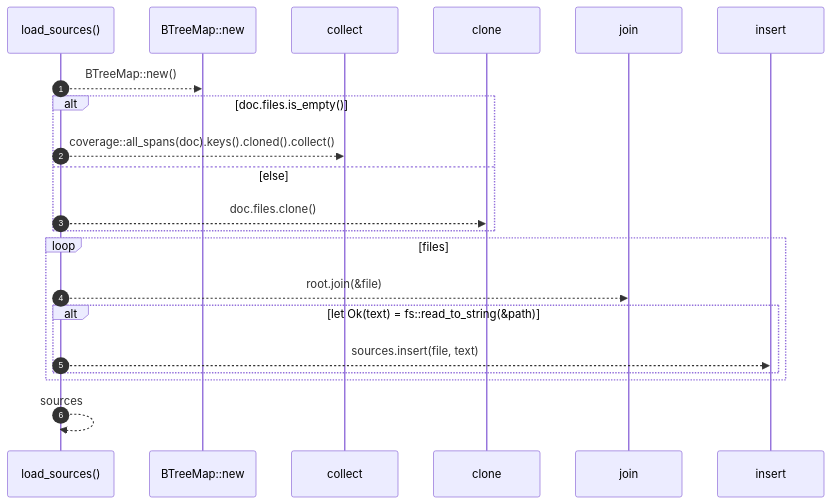
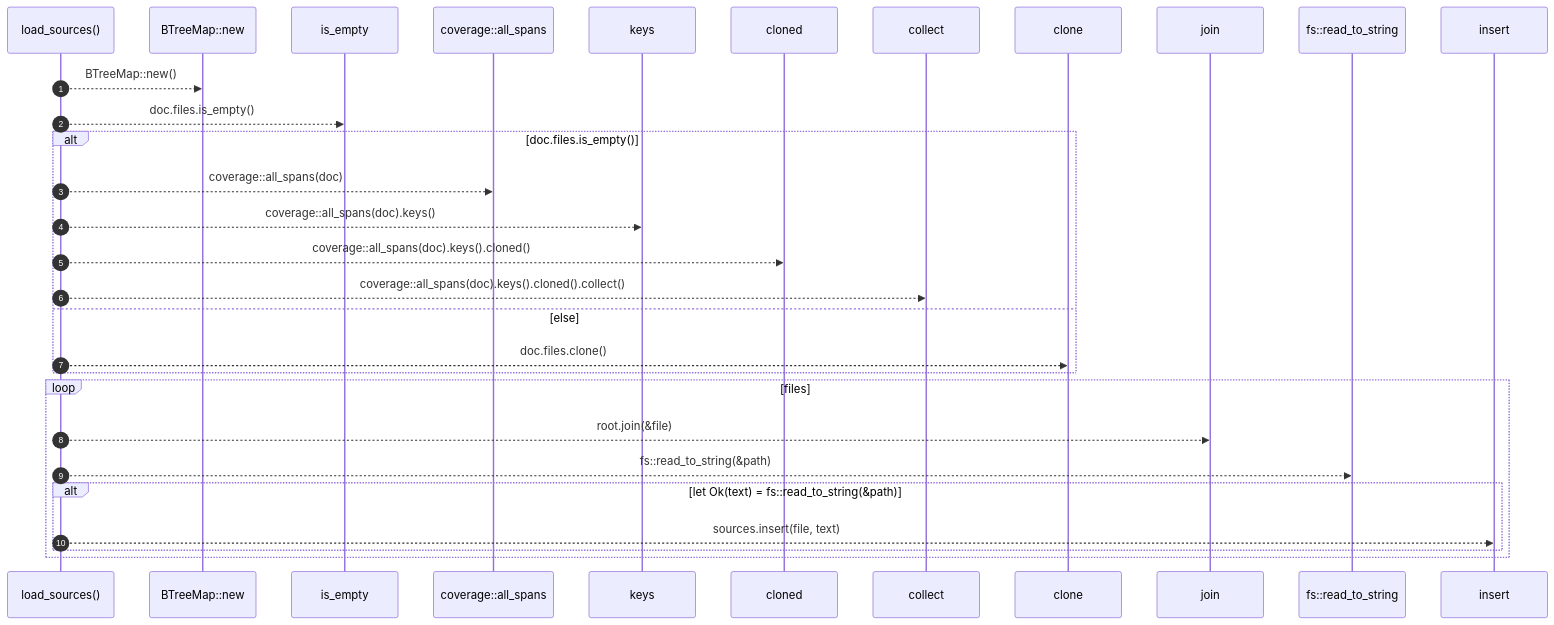
One commit to RyanGuild/self-describing-code changed the diagram in docs/self-model/robby_render/pipeline/load-sources.md. Above: the diagram before and after it, drawn with Mermaid. The commit also changed other lines of this file and 1404 other files, not shown here.

````diff
--- a/docs/self-model/robby_render/pipeline/load-sources.md
+++ b/docs/self-model/robby_render/pipeline/load-sources.md
@@ -43,23 +43,32 @@
 ```mermaid
 sequenceDiagram
     autonumber
     participant load_sources as load_sources()
     participant BTreeMap__new as BTreeMap::new
+    participant is_empty as is_empty
+    participant coverage__all_spans as coverage::all_spans
+    participant keys as keys
+    participant cloned as cloned
     participant collect as collect
     participant clone as clone
     participant join as join
+    participant fs__read_to_string as fs::read_to_string
     participant insert as insert
     load_sources-->>BTreeMap__new: BTreeMap::new()
+    load_sources-->>is_empty: doc.files.is_empty()
     alt doc.files.is_empty()
+    load_sources-->>coverage__all_spans: coverage::all_spans(doc)
+    load_sources-->>keys: coverage::all_spans(doc).keys()
+    load_sources-->>cloned: coverage::all_spans(doc).keys().cloned()
     load_sources-->>collect: coverage::all_spans(doc).keys().cloned().collect()
     else else
     load_sources-->>clone: doc.files.clone()
     end
     loop files
     load_sources-->>join: root.join(&file)
+    load_sources-->>fs__read_to_string: fs::read_to_string(&path)
     alt let Ok(text) = fs::read_to_string(&path)
     load_sources-->>insert: sources.insert(file, text)
     end
     end
-    load_sources-->>load_sources: sources
 ```
````
